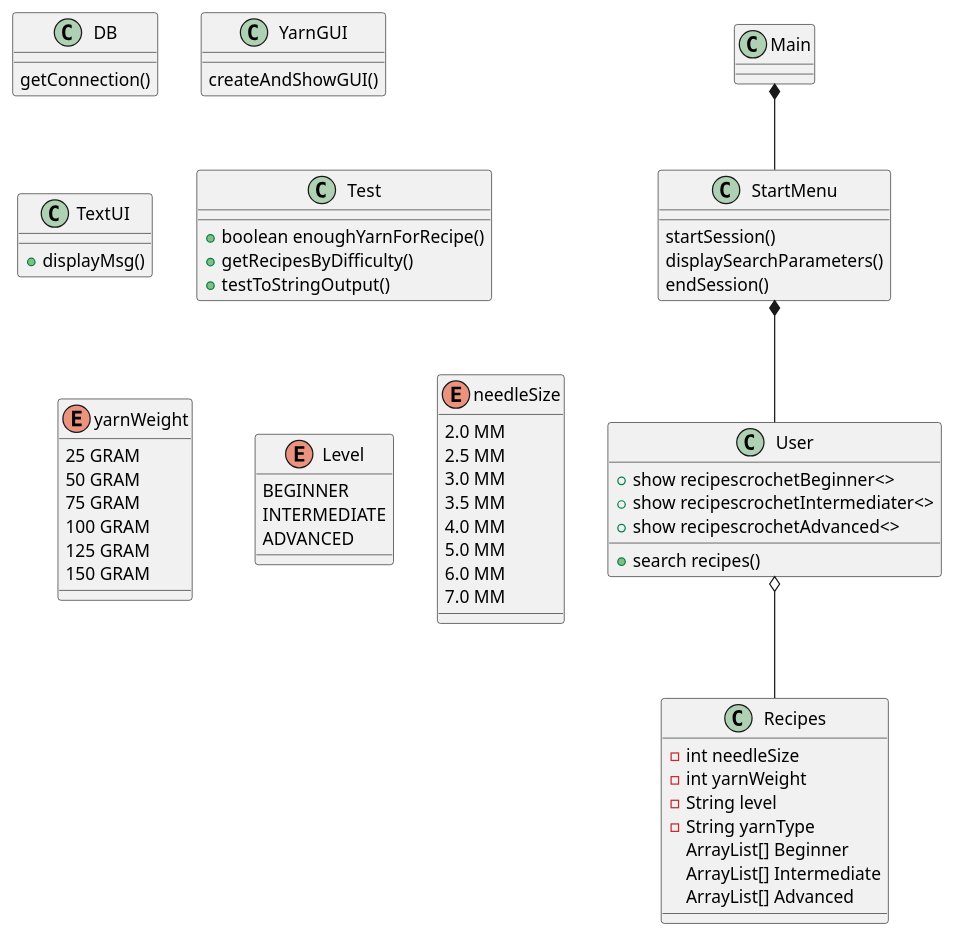
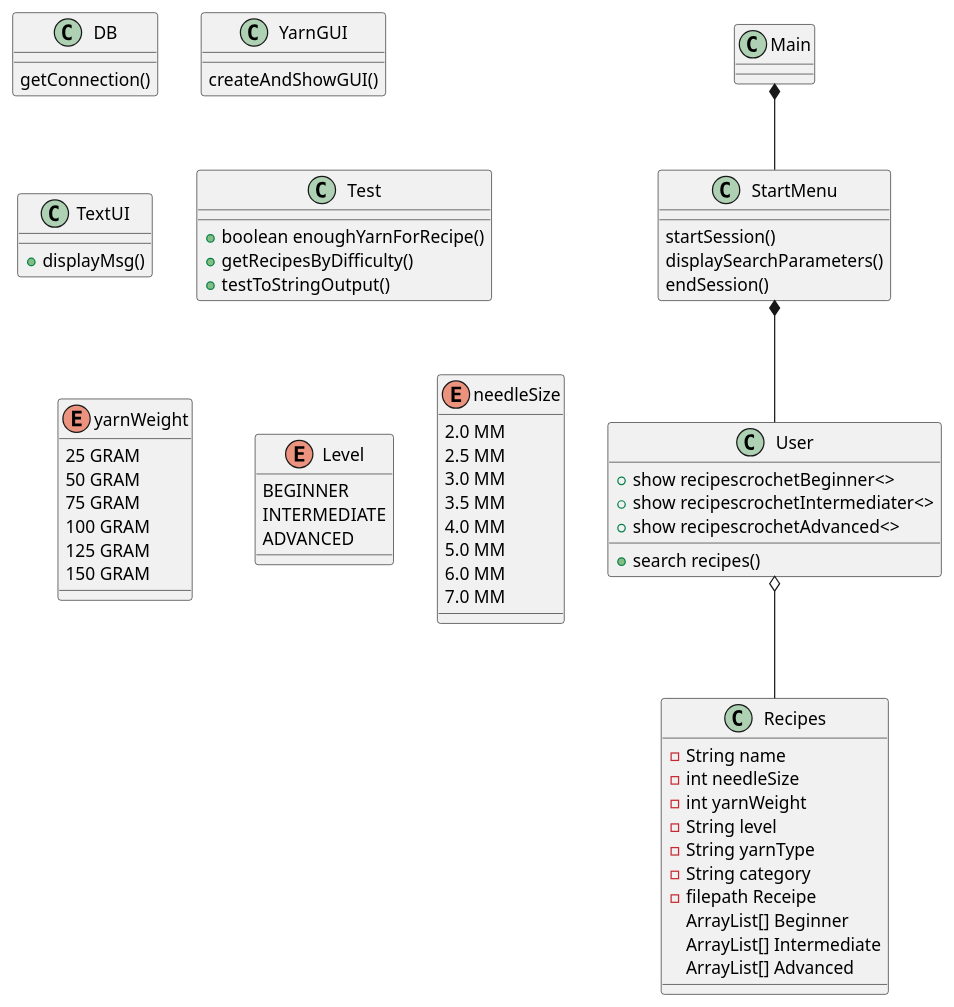
One commit to KatarinaKN/ScrapYarn changed the diagram in UML/ClassDiagram.puml. Above: the diagram before and after it, drawn with PlantUML. The commit also changed 1 other file, not shown here.

```diff
--- a/UML/ClassDiagram.puml
+++ b/UML/ClassDiagram.puml
@@ -1,88 +1,91 @@
 @startuml
 'https://plantuml.com/class-diagram
 
 class Main
 
 class StartMenu {
 startSession()
 displaySearchParameters()
 endSession()
 }
 
 class User {
 +show recipescrochetBeginner<>
 +show recipescrochetIntermediater<>
 +show recipescrochetAdvanced<>
 +search recipes()
 }
 
 class Recipes {
+- String name
 - int needleSize
 - int yarnWeight
 - String level
 - String yarnType
+- String category
+- filepath Receipe
 ArrayList[] Beginner
 ArrayList[] Intermediate
 ArrayList[] Advanced
 }
 
 class Test{
 + boolean enoughYarnForRecipe()
 + getRecipesByDifficulty()
 + testToStringOutput()
 }
 
 class TextUI {
 +displayMsg()
 }
 
 class DB {
 getConnection()
 }
 
 class YarnGUI {
 createAndShowGUI()
 }
 
 User o-- Recipes
 Main *--StartMenu
 StartMenu *-- User
 
 Level -right[hidden]->needleSize
 yarnWeight -right[hidden]->needleSize
 Test -[hidden]d-> Level
 TextUI -[hidden]d-> yarnWeight
 TextUI -[hidden]u-> DB
 DB -[hidden]r-> YarnGUI
 
 
 
 enum Level {
 BEGINNER
 INTERMEDIATE
 ADVANCED
 }
 
 enum needleSize {
 2.0 MM
 2.5 MM
 3.0 MM
 3.5 MM
 4.0 MM
 5.0 MM
 6.0 MM
 7.0 MM
 }
 
 enum yarnWeight {
 25 GRAM
 50 GRAM
 75 GRAM
 100 GRAM
 125 GRAM
 150 GRAM
 
 
 }
 
 @enduml
```
